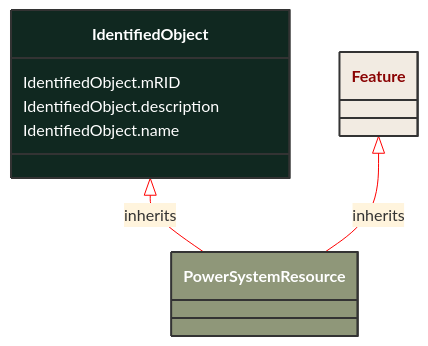
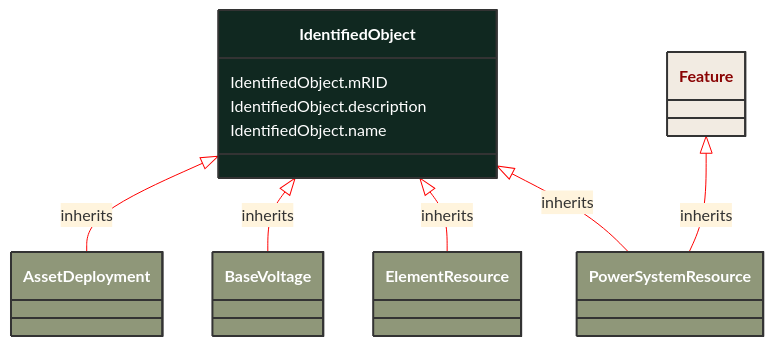
One commit to 3lbits/NoCIMExtensions changed the diagram in docs/Models/Profiles/AviationObstacle/AbstractClasses/IdentifiedObject.md. Above: the diagram before and after it, drawn with Mermaid. The commit also changed 63 other files, not shown here.

````diff
--- a/docs/Models/Profiles/AviationObstacle/AbstractClasses/IdentifiedObject.md
+++ b/docs/Models/Profiles/AviationObstacle/AbstractClasses/IdentifiedObject.md
@@ -10,23 +10,41 @@
 ```mermaid
 %%{init: {'theme':'base','themeVariables': {'lineColor': '#FF0000'}}}%%
 classDiagram
     class IdentifiedObject
     click IdentifiedObject href "/Models/Profiles/AviationObstacle/AbstractClasses/IdentifiedObject/"
     style IdentifiedObject fill:#102820,stroke:#333,stroke-width:2px,rx:10,ry:10,color:white
+
+        IdentifiedObject <|-- AssetDeployment : inherits
+
+        AssetDeployment
+            click AssetDeployment href "/Models/Profiles/AviationObstacle/ConcreteClasses/AssetDeployment/"
+            style AssetDeployment fill:#8F9779,stroke:#333,stroke-width:2px,rx:10,ry:10,color:white
+
+        IdentifiedObject <|-- BaseVoltage : inherits
+
+        BaseVoltage
+            click BaseVoltage href "/Models/Profiles/AviationObstacle/ConcreteClasses/BaseVoltage/"
+            style BaseVoltage fill:#8F9779,stroke:#333,stroke-width:2px,rx:10,ry:10,color:white
+
+        IdentifiedObject <|-- ElementResource : inherits
+
+        ElementResource
+            click ElementResource href "/Models/Profiles/AviationObstacle/AbstractClasses/ElementResource/"
+            style ElementResource fill:#8F9779,stroke:#333,stroke-width:2px,rx:10,ry:10,color:white
 
         IdentifiedObject <|-- PowerSystemResource : inherits
 
         PowerSystemResource
             click PowerSystemResource href "/Models/Profiles/AviationObstacle/AbstractClasses/PowerSystemResource/"
             style PowerSystemResource fill:#8F9779,stroke:#333,stroke-width:2px,rx:10,ry:10,color:white
 
         Feature <|-- PowerSystemResource : inherits
             click Feature href "/Models/Profiles/AviationObstacle/ConcreteClasses/Feature/"
             style Feature fill:#F2EBE2,stroke:#333,stroke-width:2px,rx:10,ry:10,color:#8A0303
 
 
 
         IdentifiedObject : IdentifiedObject.mRID
         IdentifiedObject : IdentifiedObject.description
         IdentifiedObject : IdentifiedObject.name
 ```
````
